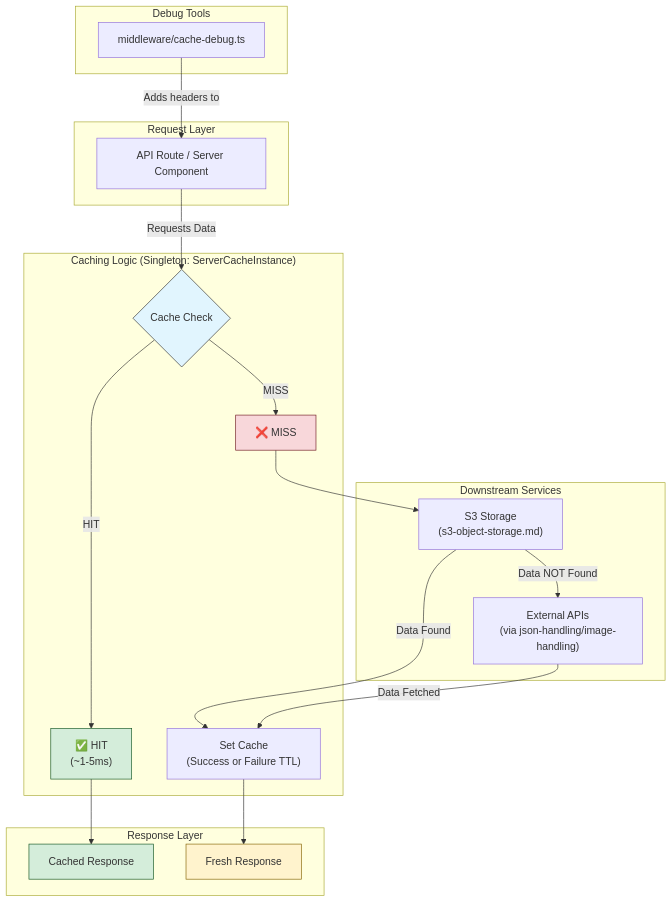
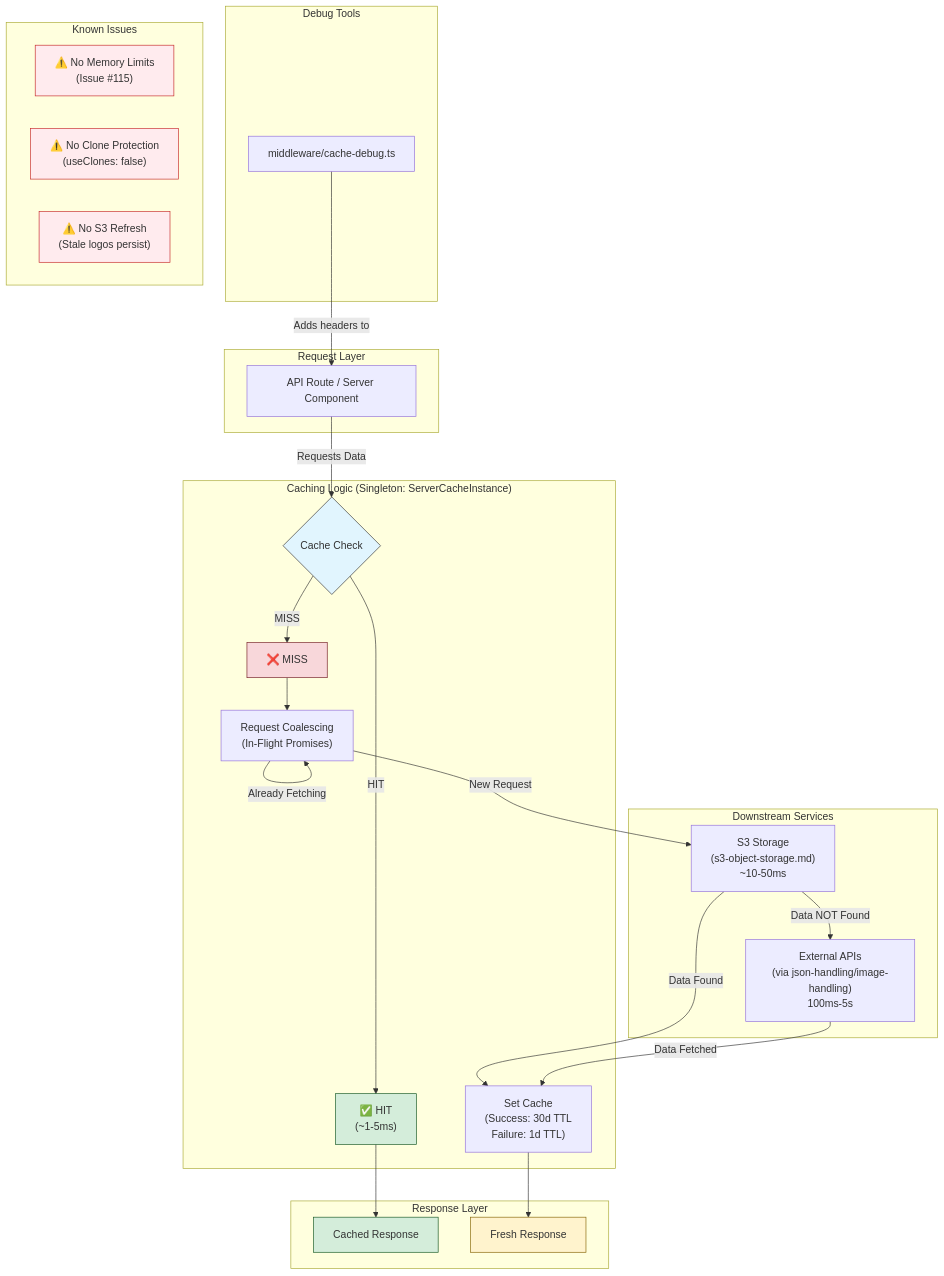
One commit to WilliamAGH/williamcallahan.com changed the diagram in docs/projects/structure/caching.mmd. Above: the diagram before and after it, drawn with Mermaid. The commit also changed 17 other files, not shown here.

```diff
--- a/docs/projects/structure/caching.mmd
+++ b/docs/projects/structure/caching.mmd
@@ -1,46 +1,58 @@
 graph TD
     subgraph "Request Layer"
         A[API Route / Server Component]
     end
 
     subgraph "Caching Logic (Singleton: ServerCacheInstance)"
         B{Cache Check}
         C["✅ HIT<br/>(~1-5ms)"]
         D["❌ MISS"]
-        E["Set Cache<br/>(Success or Failure TTL)"]
+        E["Set Cache<br/>(Success: 30d TTL<br/>Failure: 1d TTL)"]
+        RC["Request Coalescing<br/>(In-Flight Promises)"]
     end
 
     subgraph "Downstream Services"
-        F["S3 Storage<br/>(s3-object-storage.md)"]
-        G["External APIs<br/>(via json-handling/image-handling)"]
+        F["S3 Storage<br/>(s3-object-storage.md)<br/>~10-50ms"]
+        G["External APIs<br/>(via json-handling/image-handling)<br/>100ms-5s"]
     end
     
     subgraph "Response Layer"
         H[Cached Response]
         I[Fresh Response]
     end
 
     A -- "Requests Data" --> B
     B -->|HIT| C
     C --> H
     
     B -->|MISS| D
-    D --> F
+    D --> RC
+    RC -->|"Already Fetching"| RC
+    RC -->|"New Request"| F
     F -- "Data Found" --> E
     F -- "Data NOT Found" --> G
     
     G -- "Data Fetched" --> E
     E --> I
 
     subgraph "Debug Tools"
         J["middleware/cache-debug.ts"]
     end
 
+    subgraph "Known Issues"
+        K["⚠️ No Memory Limits<br/>(Issue #115)"]
+        L["⚠️ No Clone Protection<br/>(useClones: false)"]
+        M["⚠️ No S3 Refresh<br/>(Stale logos persist)"]
+    end
+
     J -- "Adds headers to" --> A
 
     %% Styling
     style B fill:#e1f5fe,stroke:#333
     style C fill:#d4edda,stroke:#155724
     style D fill:#f8d7da,stroke:#721c24
     style H fill:#d4edda,stroke:#155724
     style I fill:#fff3cd,stroke:#856404
+    style K fill:#ffebee,stroke:#c62828
+    style L fill:#ffebee,stroke:#c62828
+    style M fill:#ffebee,stroke:#c62828
```
